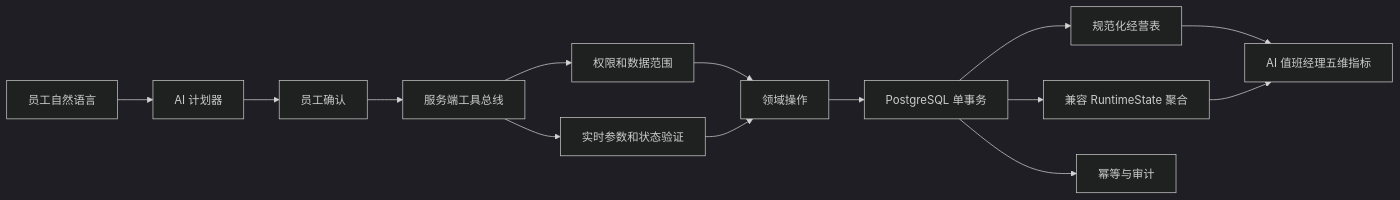
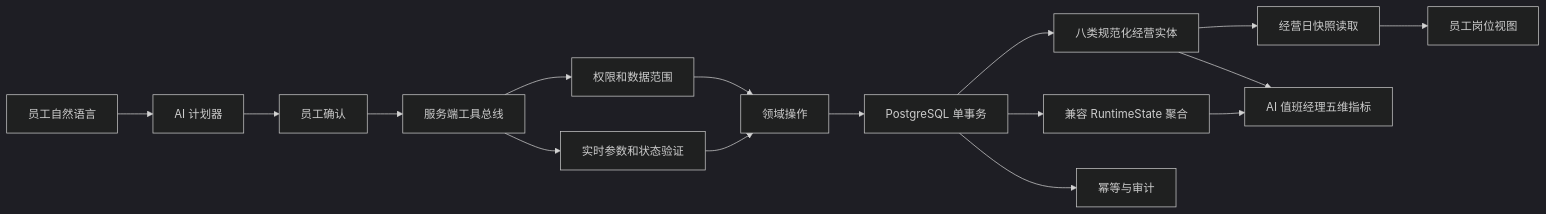
The diagram in docs/architecture-ai-execution-and-operational-data.md (jingda2008/mbox-ops-platform), drawn with Mermaid (dark theme) before and after one commit. The commit also changed other lines of this file and 21 other files, not shown here.

````diff
--- a/docs/architecture-ai-execution-and-operational-data.md
+++ b/docs/architecture-ai-execution-and-operational-data.md
@@ -3,16 +3,18 @@
 ```mermaid
 flowchart LR
   U[员工自然语言] --> P[AI 计划器]
   P --> C[员工确认]
   C --> B[服务端工具总线]
   B --> A[权限和数据范围]
   B --> V[实时参数和状态验证]
   A --> D[领域操作]
   V --> D
   D --> T[PostgreSQL 单事务]
   T --> J[兼容 RuntimeState 聚合]
-  T --> N[规范化经营表]
+  T --> N[八类规范化经营实体]
   T --> L[幂等与审计]
+  N --> R[经营日快照读取]
+  R --> E[员工岗位视图]
   N --> M[AI 值班经理五维指标]
   J --> M
 ```
````
